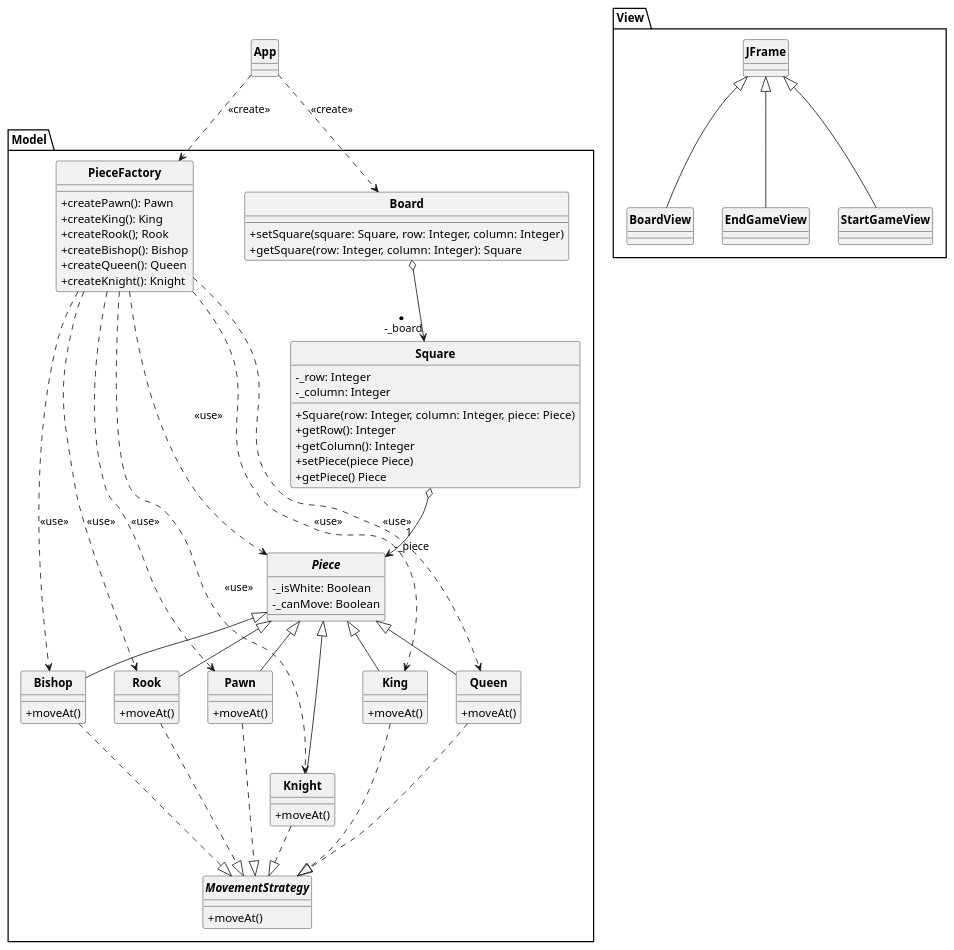
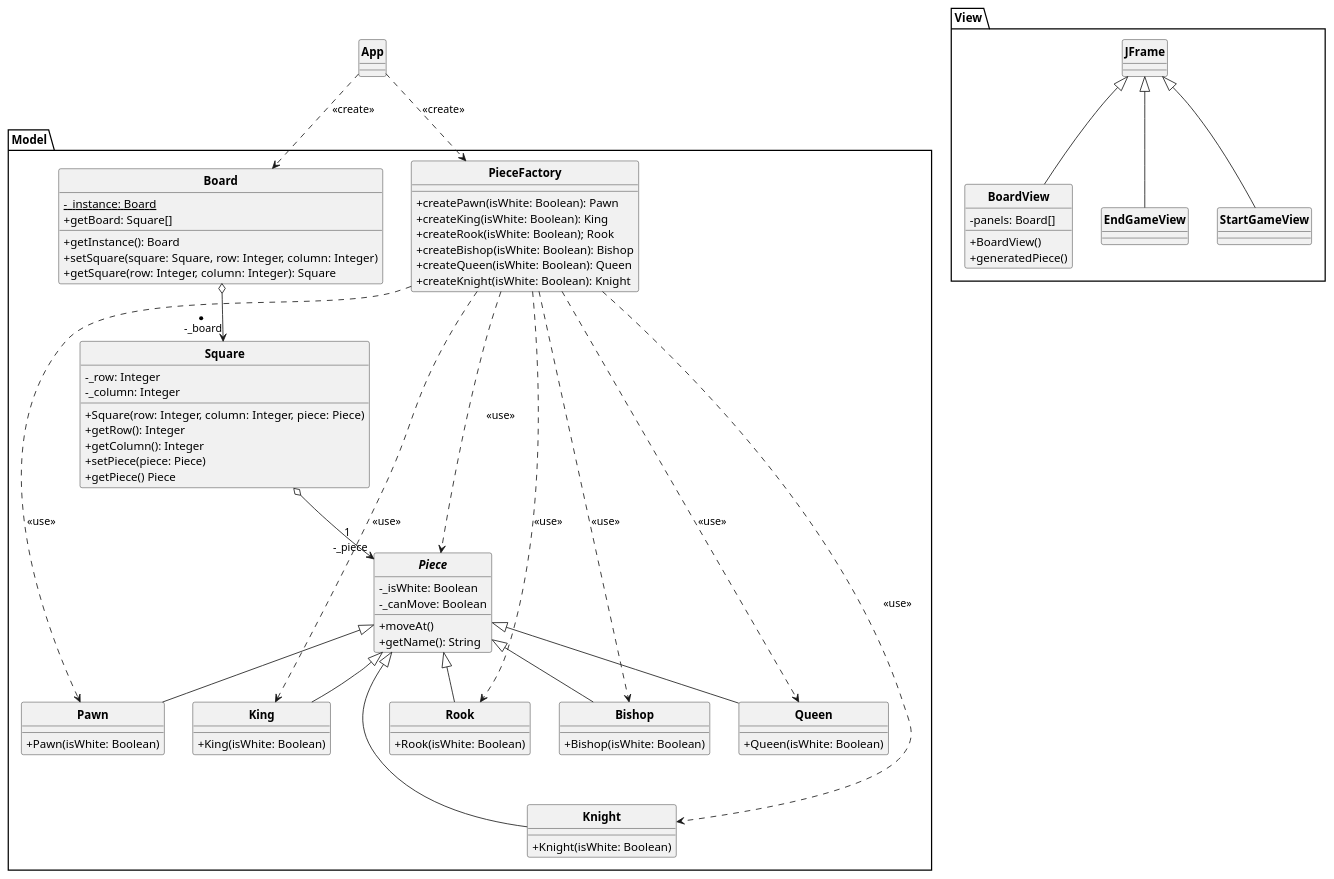
One commit to MaxDevelo/Chess-Game changed the diagram in UML/Chessgame.puml. Above: the diagram before and after it, drawn with PlantUML. The commit also changed 1 other file, not shown here.

Commit message:
Modification UML: Suppresion de la stratégie MovementStrategy en mettant tous dans la classe abstraite Piece. Ajout de generatedPiece dans View

```diff
--- a/UML/Chessgame.puml
+++ b/UML/Chessgame.puml
@@ -1,111 +1,107 @@
 @startuml
 
 skinparam style strictuml
 skinparam classAttributeIconSize 0
 skinparam classFontStyle Bold
 hide enum methods
 
 
 class App{
 
 }
 
 
 package Model{
     class Board{
+    - _instance: Board {static}
+    + getInstance(): Board
     + setSquare(square: Square, row: Integer, column: Integer)
     + getSquare(row: Integer, column: Integer): Square
+    + getBoard: Square[]
     }
 
     class Square{
     - _row: Integer
     - _column: Integer
     + Square(row: Integer, column: Integer, piece: Piece)
     + getRow(): Integer
     + getColumn(): Integer
-    + setPiece(piece Piece)
+    + setPiece(piece: Piece)
     + getPiece() Piece
     }
 
     class PieceFactory{
-    + createPawn(): Pawn
-    + createKing(): King
-    + createRook(); Rook
-    + createBishop(): Bishop
-    + createQueen(): Queen
-    + createKnight(): Knight
+    + createPawn(isWhite: Boolean): Pawn
+    + createKing(isWhite: Boolean): King
+    + createRook(isWhite: Boolean); Rook
+    + createBishop(isWhite: Boolean): Bishop
+    + createQueen(isWhite: Boolean): Queen
+    + createKnight(isWhite: Boolean): Knight
     }
 
     abstract Piece{
     - _isWhite: Boolean
     - _canMove: Boolean
-    }
-
-
-    interface MovementStrategy{
-    + moveAt()
+    + moveAt() 
+    + getName(): String
     }
 
     class Pawn{
-    + moveAt()
+    +  Pawn(isWhite: Boolean)
     }
 
     class King{
-    + moveAt()
+     + King(isWhite: Boolean)
     }
 
     class Rook{
-    + moveAt()
+    + Rook(isWhite: Boolean)
     }
 
     class Bishop{
-    + moveAt()
+    + Bishop(isWhite: Boolean)
     }
 
     class Queen{
-    + moveAt()
+    + Queen(isWhite: Boolean)
     }
 
     class Knight{
-    + moveAt()
+    + Knight(isWhite: Boolean)
     }
 
 }
 
 package View{
 class StartGameView extends JFrame{
 
 }
 class  BoardView extends JFrame{
-
+    - panels: Board[]
+    + BoardView()
+    + generatedPiece()
 }
 class EndGameView extends JFrame{
 
 }
 }
 
 Square o--> "1 \n -_piece" Piece
 Board o--> "* \n -_board" Square
 App ..> PieceFactory : <<create>>
 App ..> Board : <<create>>
-Pawn ..|> MovementStrategy
-King ..|> MovementStrategy
-Rook ..|> MovementStrategy
-Bishop ..|> MovementStrategy
-Queen ..|> MovementStrategy
-Knight ..|> MovementStrategy
 PieceFactory ...> Piece : <<use>>
 Pawn -u-|> Piece
 King -u-|> Piece
 Rook -u-|> Piece
 Bishop -u-|> Piece
 Queen -u-|> Piece
 Knight -u--|> Piece
 PieceFactory ..> Pawn : <<use>>
 PieceFactory ..> King : <<use>>
 PieceFactory ..> Rook : <<use>>
 PieceFactory ..> Bishop : <<use>>
 PieceFactory ..> Queen : <<use>>
 PieceFactory ..> Knight : <<use>>
 
 @enduml
```
